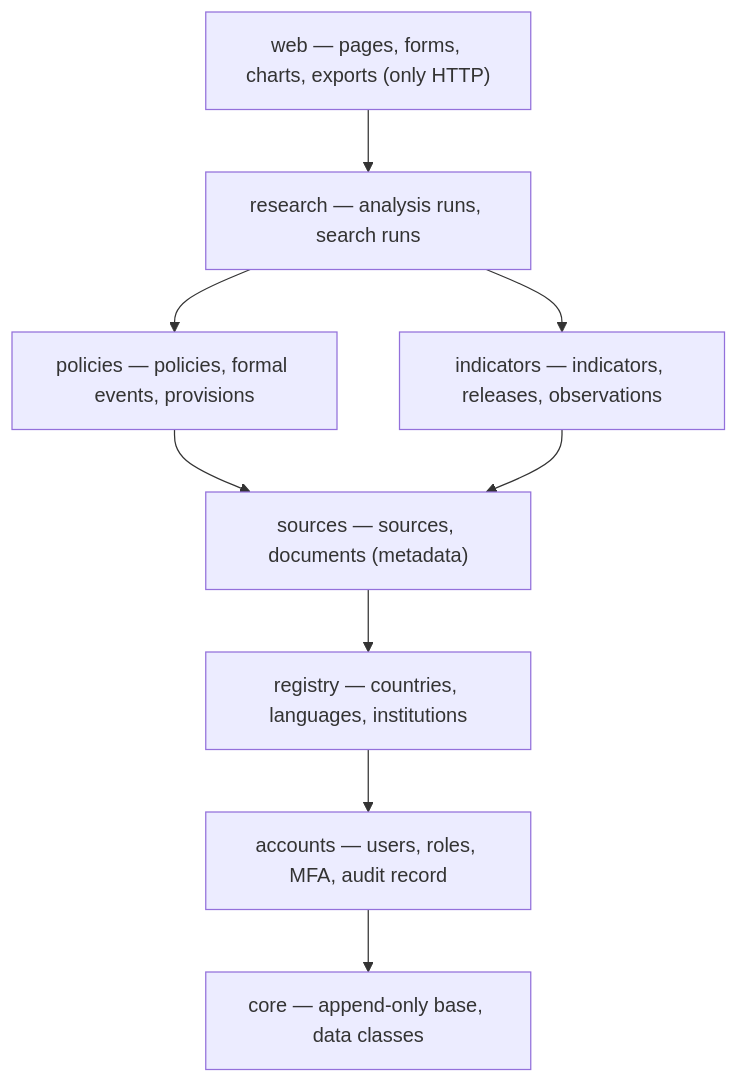
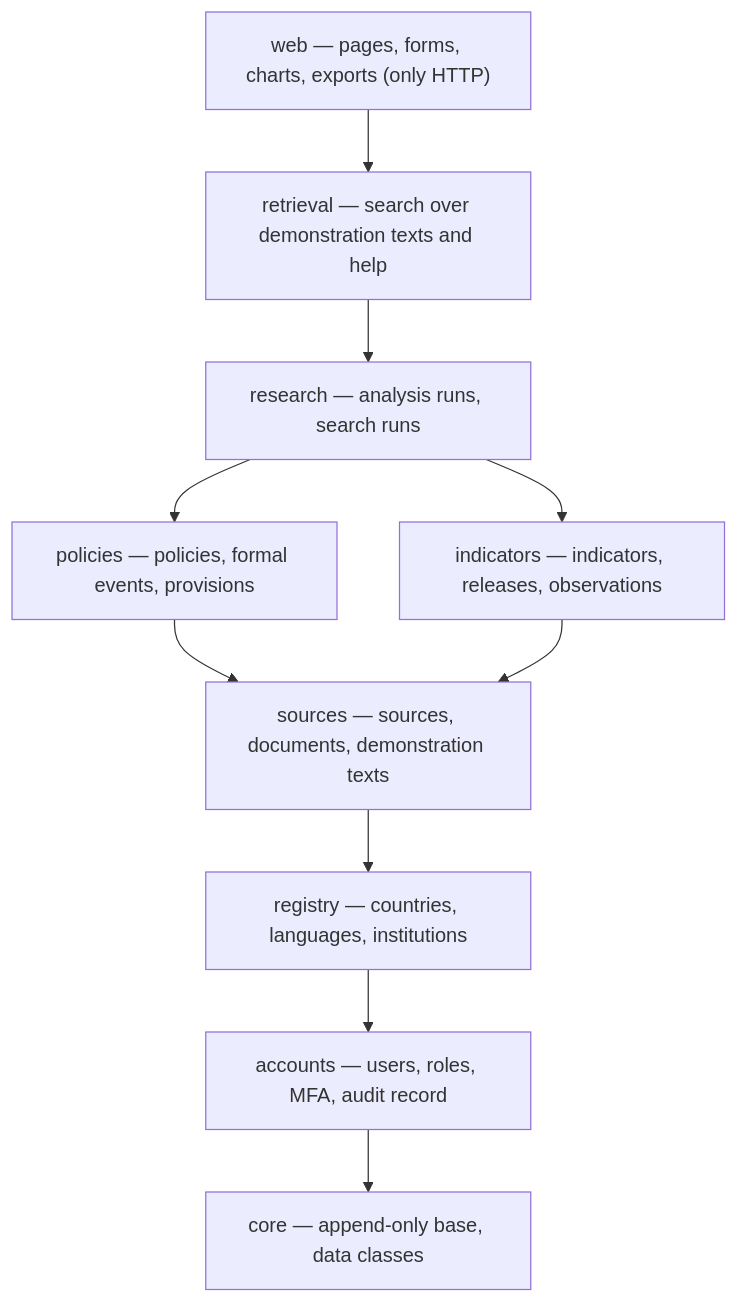
One commit to kldidar/caipo changed the diagram in README.md. Above: the diagram before and after it, drawn with Mermaid. The commit also changed other lines of this file and 32 other files, not shown here.

First line of the commit message:
feat: retrieval over demonstration texts and the help corpus (Day 37) (#66)

````diff
--- a/README.md
+++ b/README.md
@@ -66,13 +66,14 @@
 ```mermaid
 flowchart TB
   web["web — pages, forms, charts, exports (only HTTP)"]
+  retrieval["retrieval — search over demonstration texts and help"]
   research["research — analysis runs, search runs"]
   policies["policies — policies, formal events, provisions"]
   indicators["indicators — indicators, releases, observations"]
-  sources["sources — sources, documents (metadata)"]
+  sources["sources — sources, documents, demonstration texts"]
   registry["registry — countries, languages, institutions"]
   accounts["accounts — users, roles, MFA, audit record"]
   core["core — append-only base, data classes"]
-  web --> research --> policies & indicators
+  web --> retrieval --> research --> policies & indicators
   policies & indicators --> sources --> registry --> accounts --> core
 ```
````
